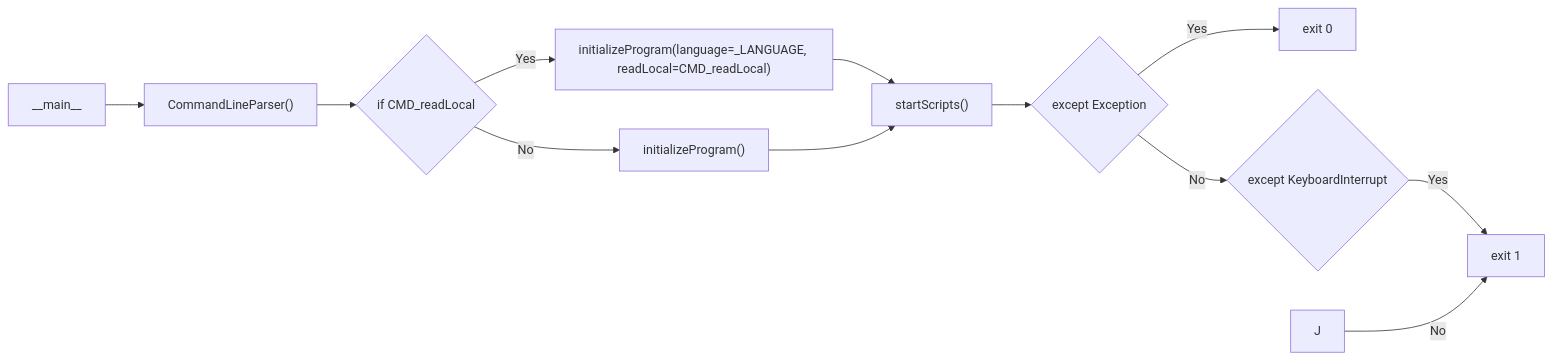
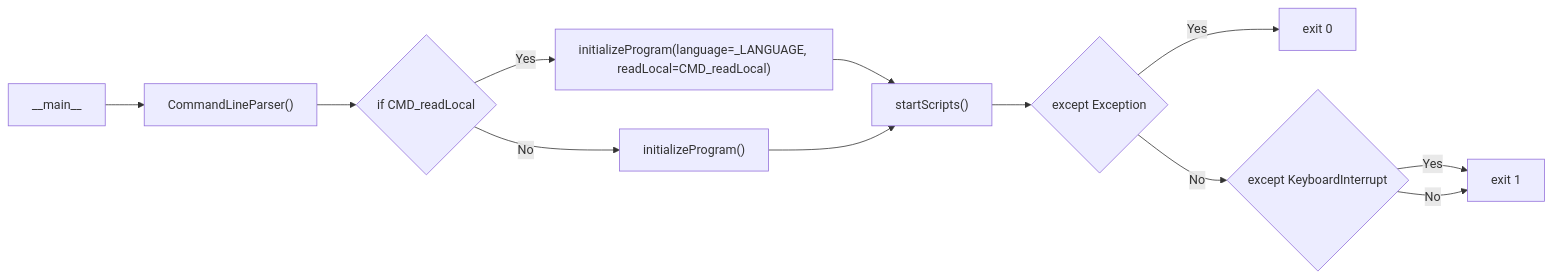
One commit to YuudachiXMMY/BenchMark-Automation changed the diagram in docs/code.MD. Above: the diagram before and after it, drawn with Mermaid.

Commit message:
test flow plot in md

````diff
--- a/docs/code.MD
+++ b/docs/code.MD
@@ -41,14 +41,14 @@
 ```mermaid
     graph LR
-    A["__main__"] --> B["CommandLineParser()"]
+    A[""__main__""] --> B["CommandLineParser()"]
     B --> C{if CMD_readLocal};
     C -->|Yes| D["initializeProgram(language=_LANGUAGE, readLocal=CMD_readLocal)"];
     C -->|No| E["initializeProgram()"];
     D --> F["startScripts()"];
     E --> F;
     F --> G{except Exception};
     G -->|Yes| H[exit 0];
     G -->|No| I{except KeyboardInterrupt};
     I -->|Yes| K[exit 1];
-    J -->|No| K[exit 1];
+    I -->|No| K;
 ```
````
